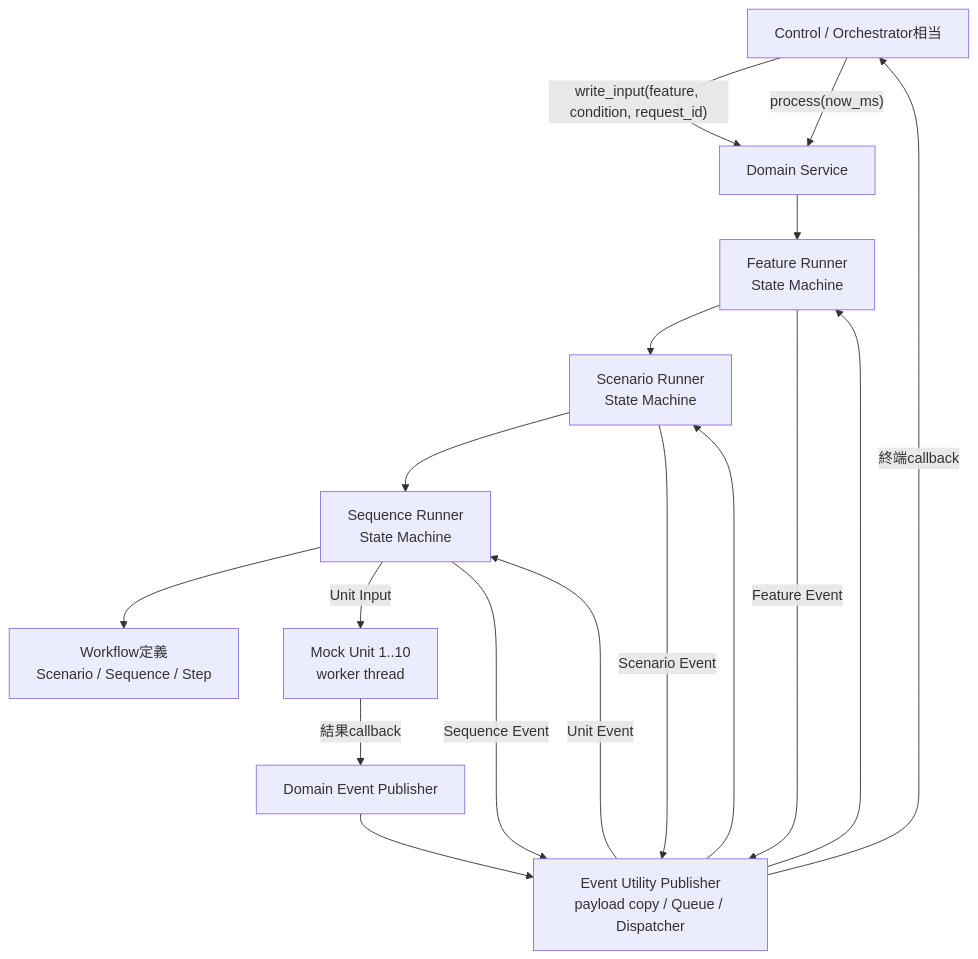
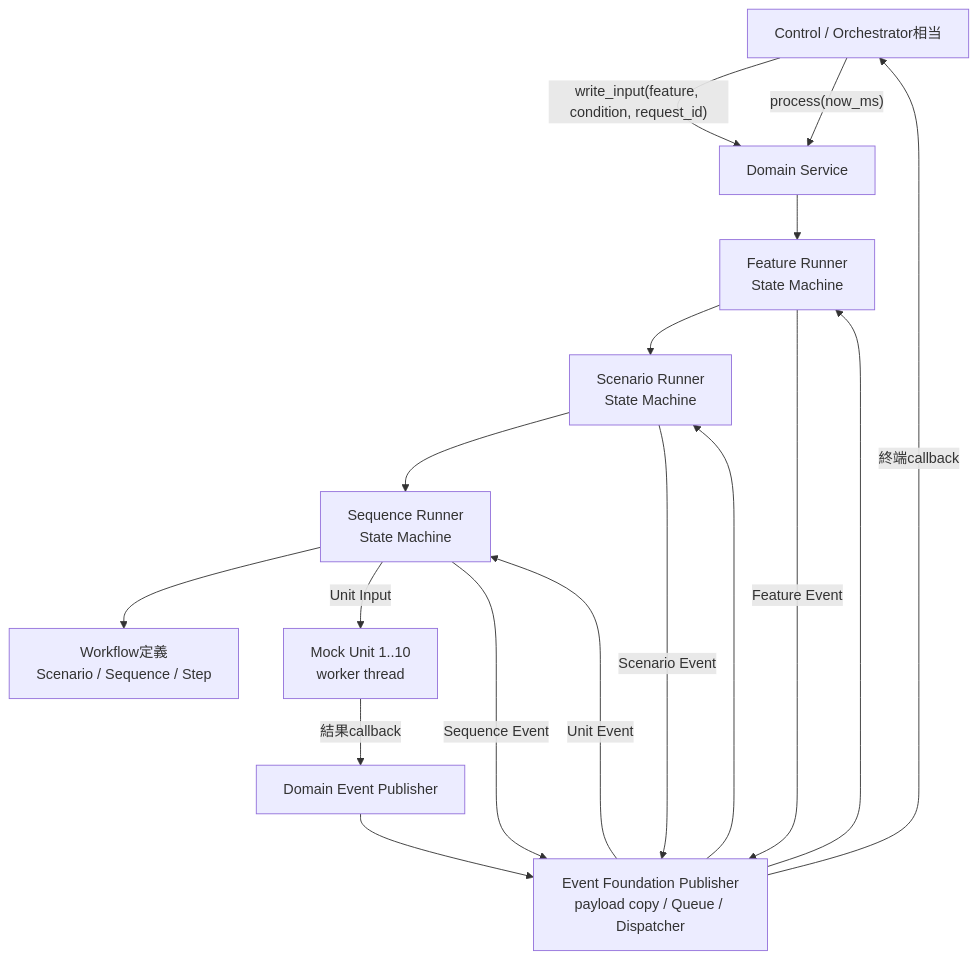
One commit to kingoro/sample-sandbox changed the first of 8 diagrams in src/README.md. Above: the diagram before and after it, drawn with Mermaid. The commit also changed other lines of this file and 203 other files, not shown here.

````diff
--- a/src/README.md
+++ b/src/README.md
@@ -40,29 +40,29 @@
 ```mermaid
 flowchart TD
     Control["Control / Orchestrator相当"]
     Service["Domain Service"]
     Feature["Feature Runner<br/>State Machine"]
     Scenario["Scenario Runner<br/>State Machine"]
     Sequence["Sequence Runner<br/>State Machine"]
     Workflow["Workflow定義<br/>Scenario / Sequence / Step"]
     Publisher["Domain Event Publisher"]
-    UtilityPublisher["Event Utility Publisher<br/>payload copy / Queue / Dispatcher"]
+    UtilityPublisher["Event Foundation Publisher<br/>payload copy / Queue / Dispatcher"]
     Units["Mock Unit 1..10<br/>worker thread"]
 
     Control -->|"write_input(feature, condition, request_id)"| Service
     Control -->|"process(now_ms)"| Service
     Service --> Feature
     Feature --> Scenario
     Scenario --> Sequence
     Sequence --> Workflow
     Sequence -->|"Unit Input"| Units
     Units -->|"結果callback"| Publisher
     Publisher --> UtilityPublisher
     UtilityPublisher -->|"Unit Event"| Sequence
     Sequence -->|"Sequence Event"| UtilityPublisher
     UtilityPublisher --> Scenario
     Scenario -->|"Scenario Event"| UtilityPublisher
     UtilityPublisher --> Feature
     Feature -->|"Feature Event"| UtilityPublisher
     UtilityPublisher -->|"終端callback"| Control
 ```
````
